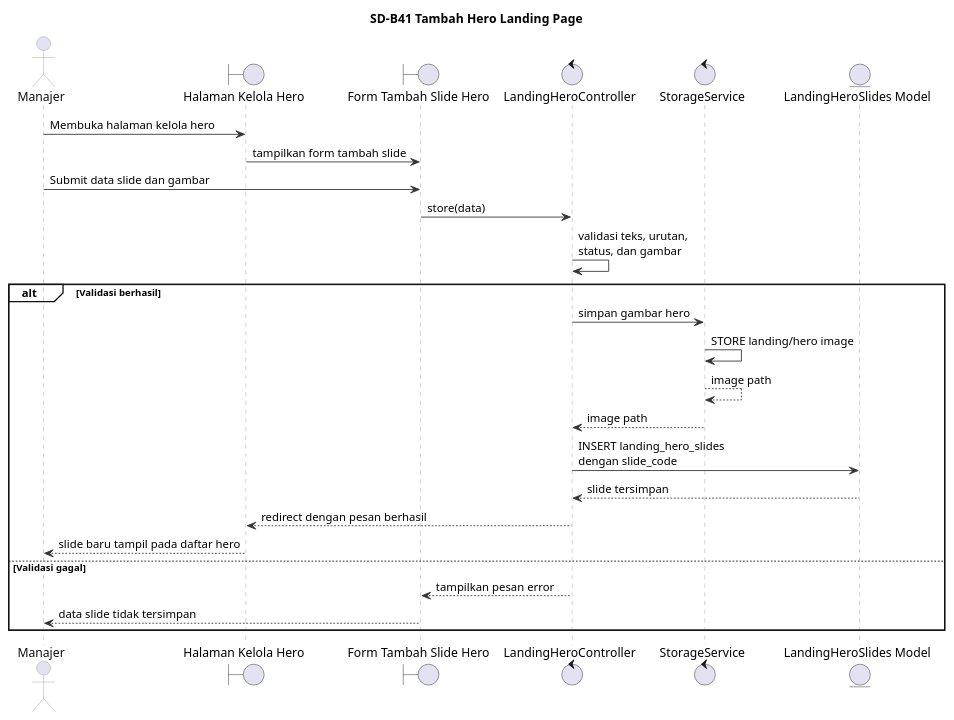
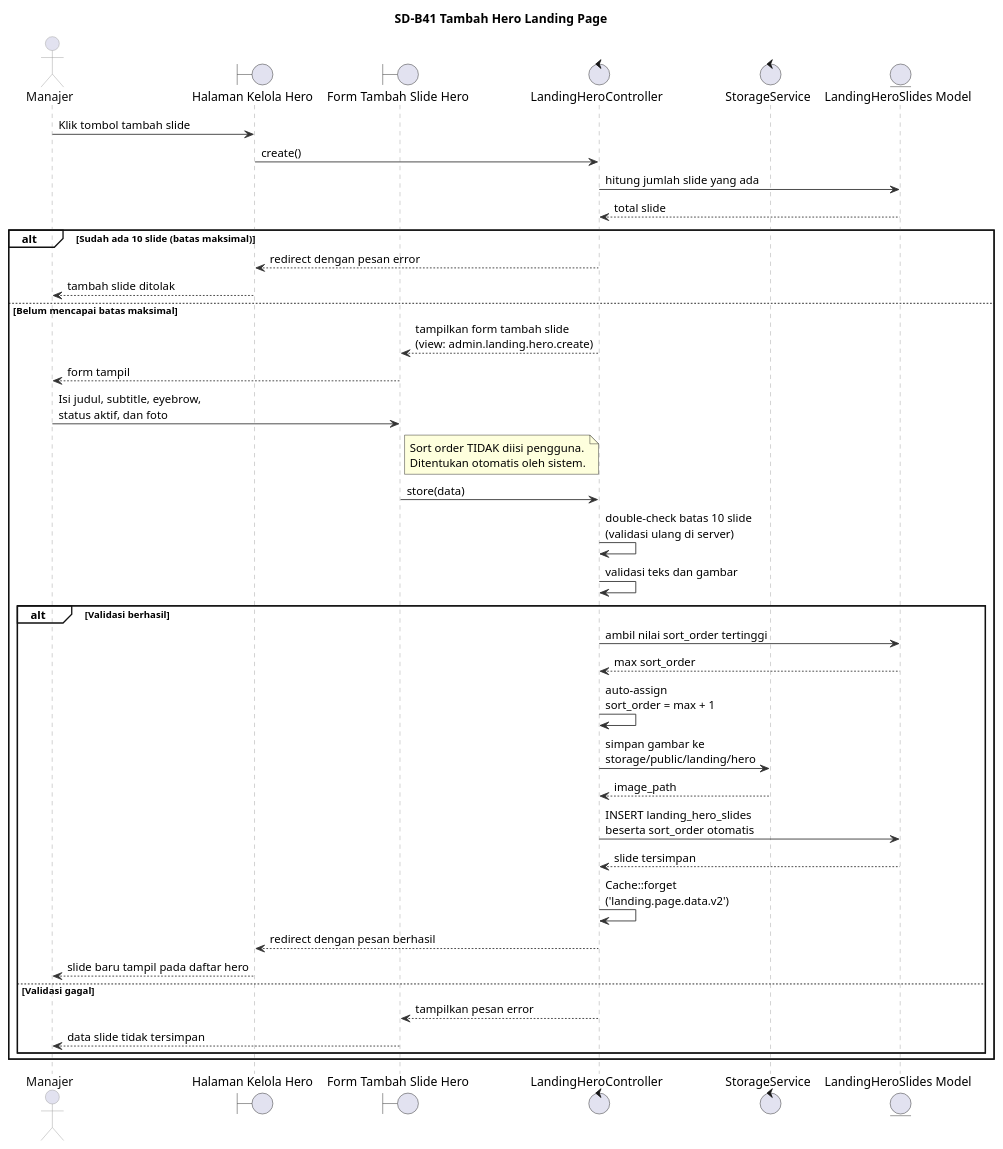
One commit to Fajrinputra/alterstudio-ta changed the diagram in sequence/SD-B41.puml. Above: the diagram before and after it, drawn with PlantUML. The commit also changed 8 other files, not shown here.

```diff
--- a/sequence/SD-B41.puml
+++ b/sequence/SD-B41.puml
@@ -1,47 +1,63 @@
 @startuml
 title SD-B41 Tambah Hero Landing Page
 
 skinparam backgroundColor white
 skinparam shadowing false
 skinparam BoxPadding 4
 skinparam sequence {
     ArrowColor #333333
     LifeLineBorderColor #999999
     LifeLineBackgroundColor white
     ParticipantBorderColor #999999
     ParticipantBackgroundColor #ECEEF8
     ParticipantFontColor #111111
     ActorBorderColor #999999
     ActorFontColor #111111
     GroupBorderColor #111111
     GroupBackgroundColor transparent
 }
 
 actor "Manajer" as Manajer
 boundary "Halaman Kelola Hero" as HalamanHero
 boundary "Form Tambah Slide Hero" as FormTambah
 control "LandingHeroController" as LandingHeroController
 control "StorageService" as StorageService
 entity "LandingHeroSlides Model" as LandingHeroSlide
 
-Manajer -> HalamanHero : Membuka halaman kelola hero
-HalamanHero -> FormTambah : tampilkan form tambah slide
-Manajer -> FormTambah : Submit data slide dan gambar
-FormTambah -> LandingHeroController : store(data)
-LandingHeroController -> LandingHeroController : validasi teks, urutan,\nstatus, dan gambar
+Manajer -> HalamanHero : Klik tombol tambah slide
+HalamanHero -> LandingHeroController : create()
+LandingHeroController -> LandingHeroSlide : hitung jumlah slide yang ada
+LandingHeroSlide --> LandingHeroController : total slide
 
-alt Validasi berhasil
-    LandingHeroController -> StorageService : simpan gambar hero
-    StorageService -> StorageService : STORE landing/hero image
-    StorageService --> StorageService : image path
-    StorageService --> LandingHeroController : image path
-    LandingHeroController -> LandingHeroSlide : INSERT landing_hero_slides\ndengan slide_code
-    LandingHeroSlide --> LandingHeroController : slide tersimpan
-    LandingHeroController --> HalamanHero : redirect dengan pesan berhasil
-    HalamanHero --> Manajer : slide baru tampil pada daftar hero
-else Validasi gagal
-    LandingHeroController --> FormTambah : tampilkan pesan error
-    FormTambah --> Manajer : data slide tidak tersimpan
+alt Sudah ada 10 slide (batas maksimal)
+    LandingHeroController --> HalamanHero : redirect dengan pesan error
+    HalamanHero --> Manajer : tambah slide ditolak
+else Belum mencapai batas maksimal
+    LandingHeroController --> FormTambah : tampilkan form tambah slide\n(view: admin.landing.hero.create)
+    FormTambah --> Manajer : form tampil
+    Manajer -> FormTambah : Isi judul, subtitle, eyebrow,\nstatus aktif, dan foto
+    note right of FormTambah
+      Sort order TIDAK diisi pengguna.
+      Ditentukan otomatis oleh sistem.
+    end note
+    FormTambah -> LandingHeroController : store(data)
+    LandingHeroController -> LandingHeroController : double-check batas 10 slide\n(validasi ulang di server)
+    LandingHeroController -> LandingHeroController : validasi teks dan gambar
+    alt Validasi berhasil
+        LandingHeroController -> LandingHeroSlide : ambil nilai sort_order tertinggi
+        LandingHeroSlide --> LandingHeroController : max sort_order
+        LandingHeroController -> LandingHeroController : auto-assign\nsort_order = max + 1
+        LandingHeroController -> StorageService : simpan gambar ke\nstorage/public/landing/hero
+        StorageService --> LandingHeroController : image_path
+        LandingHeroController -> LandingHeroSlide : INSERT landing_hero_slides\nbeserta sort_order otomatis
+        LandingHeroSlide --> LandingHeroController : slide tersimpan
+        LandingHeroController -> LandingHeroController : Cache::forget\n('landing.page.data.v2')
+        LandingHeroController --> HalamanHero : redirect dengan pesan berhasil
+        HalamanHero --> Manajer : slide baru tampil pada daftar hero
+    else Validasi gagal
+        LandingHeroController --> FormTambah : tampilkan pesan error
+        FormTambah --> Manajer : data slide tidak tersimpan
+    end
 end
 
 @enduml
```
